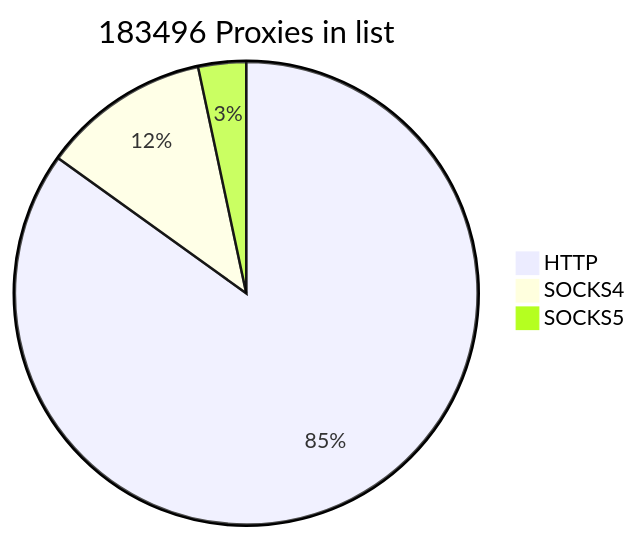
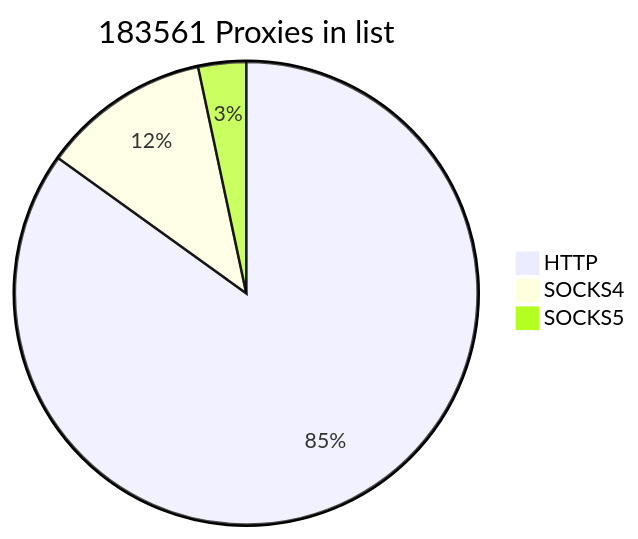
One commit to cutipu/proxylist changed the first of 2 diagrams in README.md. Above: the diagram before and after it, drawn with Mermaid. The commit also changed other lines of this file, not shown here.

````diff
--- a/README.md
+++ b/README.md
@@ -2,7 +2,7 @@
 ```mermaid
-pie title 183496 Proxies in list
-    "HTTP" : 155812
-    "SOCKS4" : 21553
+pie title 183561 Proxies in list
+    "HTTP" : 155875
+    "SOCKS4" : 21555
     "SOCKS5" : 6131
             
 ```
````
